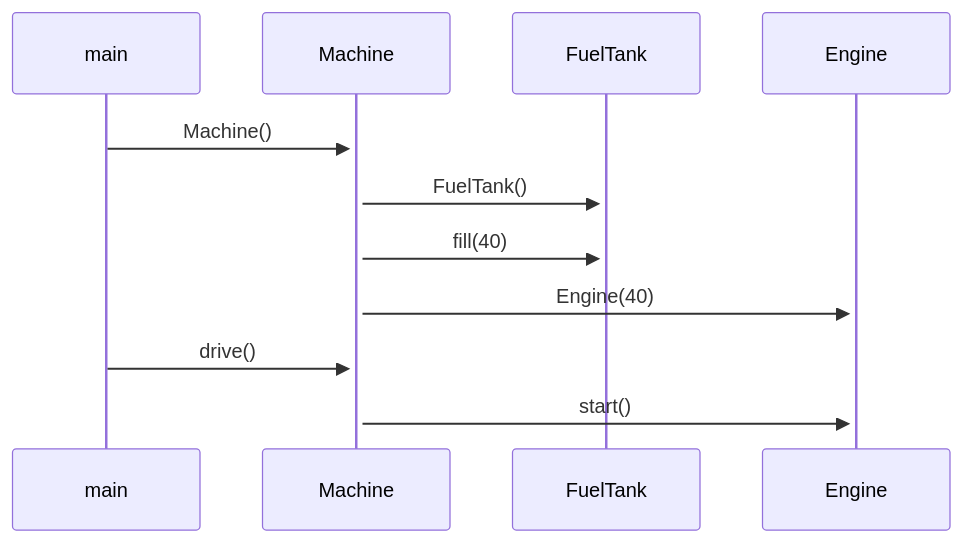
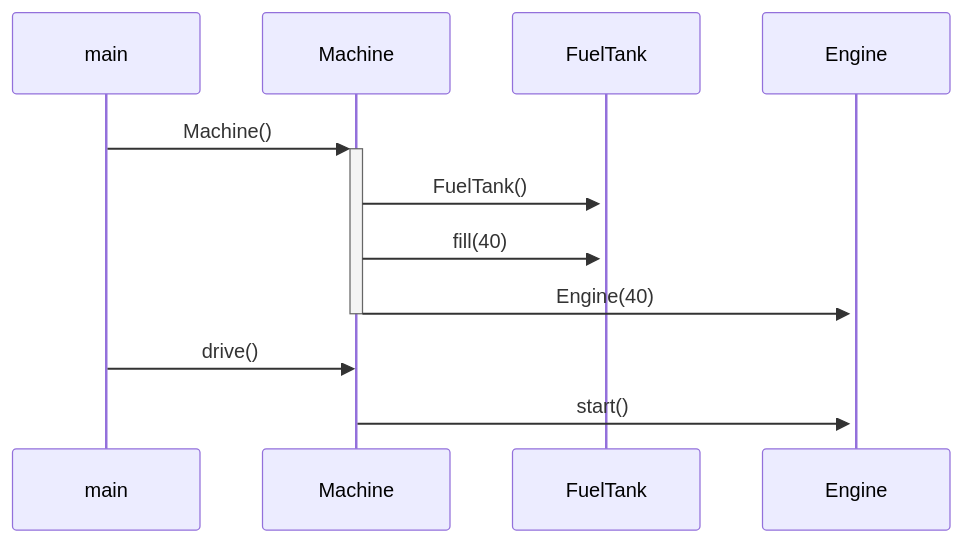
Before and after one commit to lenbie/Expense-Tracker-Project: the diagram in laskarit/viikko3/task3.md, drawn with Mermaid.

`````diff
--- a/laskarit/viikko3/task3.md
+++ b/laskarit/viikko3/task3.md
@@ -1,11 +1,12 @@
 ```mermaid
 
   sequenceDiagram
     main->>+Machine: Machine()
     Machine->>+FuelTank: FuelTank()
     Machine->>FuelTank: fill(40)
     Machine->>+Engine: Engine(40)
+    deactivate Machine
     main->>Machine: drive()
     Machine->>Engine: start()
     
 ````
`````
